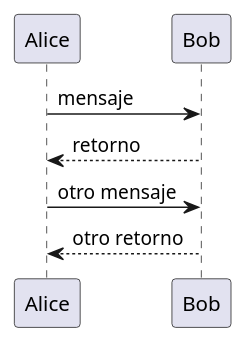
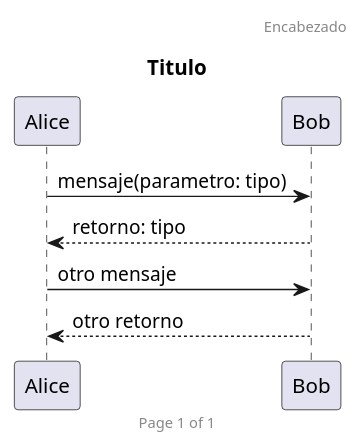
The fifth of 9 diagrams in README.md (mpata2000/Algo3), drawn with PlantUML before and after one commit. The commit also changed other lines of this file, not shown here.

Commit message:
Cambio de diagramas de secuencia y agrego sus fotos

````diff
--- a/README.md
+++ b/README.md
@@ -396,9 +436,14 @@
 ```UML
 @startuml
-Alice -> Bob: mensaje
-Bob --> Alice: retorno
+header Encabezado
+footer Page %page% of %lastpage%
+
+title Titulo
+
+Alice -> Bob: mensaje(parametro: tipo)
+Bob --> Alice: retorno: tipo
 
 Alice -> Bob: otro mensaje
 Alice <-- Bob: otro retorno
 @enduml
 ```
````
